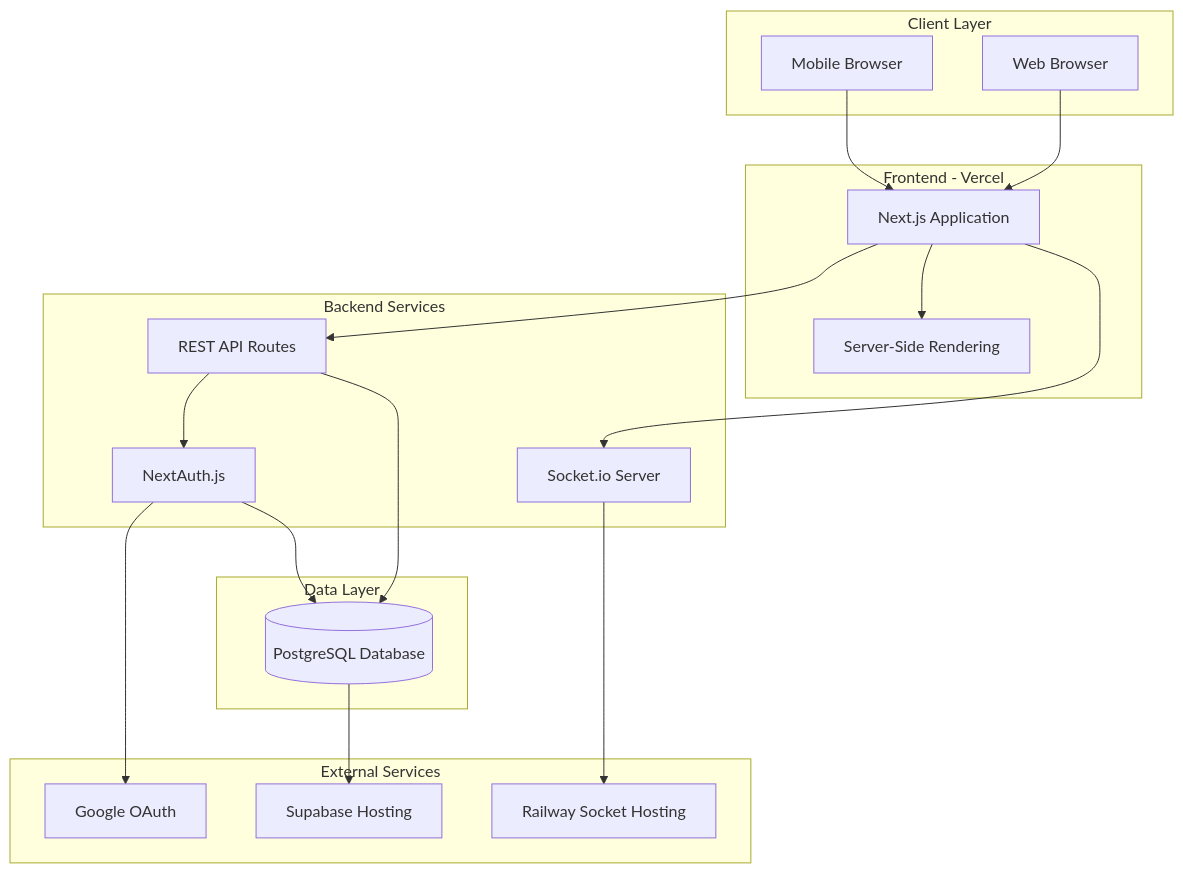
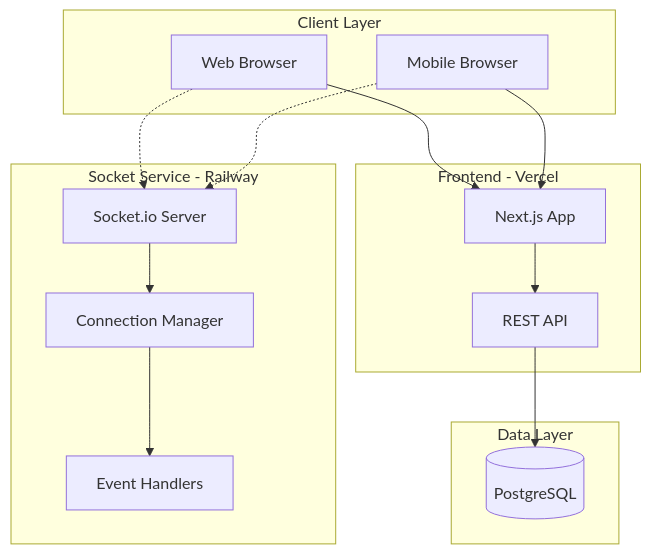
The first of 10 diagrams in README.md (anshsharmacse/taskflow-socket), drawn with Mermaid before and after one commit. The commit also changed other lines of this file, not shown here.

````diff
--- a/README.md
+++ b/README.md
@@ -167,40 +74,31 @@
 ```mermaid
 graph TB
-    subgraph Client Layer
-        Browser[Web Browser]
-        Mobile[Mobile Browser]
+    subgraph "Client Layer"
+        C1[Web Browser]
+        C2[Mobile Browser]
     end
     
-    subgraph Frontend - Vercel
-        NextApp[Next.js Application]
-        SSR[Server-Side Rendering]
+    subgraph "Frontend - Vercel"
+        F1[Next.js App]
+        F2[REST API]
     end
     
-    subgraph Backend Services
-        API[REST API Routes]
-        Auth[NextAuth.js]
-        Socket[Socket.io Server]
+    subgraph "Socket Service - Railway"
+        S1[Socket.io Server]
+        S2[Connection Manager]
+        S3[Event Handlers]
     end
     
-    subgraph Data Layer
-        PostgreSQL[(PostgreSQL Database)]
+    subgraph "Data Layer"
+        D1[(PostgreSQL)]
     end
     
-    subgraph External Services
-        Google[Google OAuth]
-        Supabase[Supabase Hosting]
-        Railway[Railway Socket Hosting]
-    end
-    
-    Browser --> NextApp
-    Mobile --> NextApp
-    NextApp --> SSR
-    NextApp --> API
-    NextApp --> Socket
-    API --> Auth
-    API --> PostgreSQL
-    Auth --> Google
-    Auth --> PostgreSQL
-    Socket --> Railway
-    PostgreSQL --> Supabase
+    C1 --> F1
+    C2 --> F1
+    F1 --> F2
+    F2 --> D1
+    C1 -.-> S1
+    C2 -.-> S1
+    S1 --> S2
+    S2 --> S3
 ```
````
